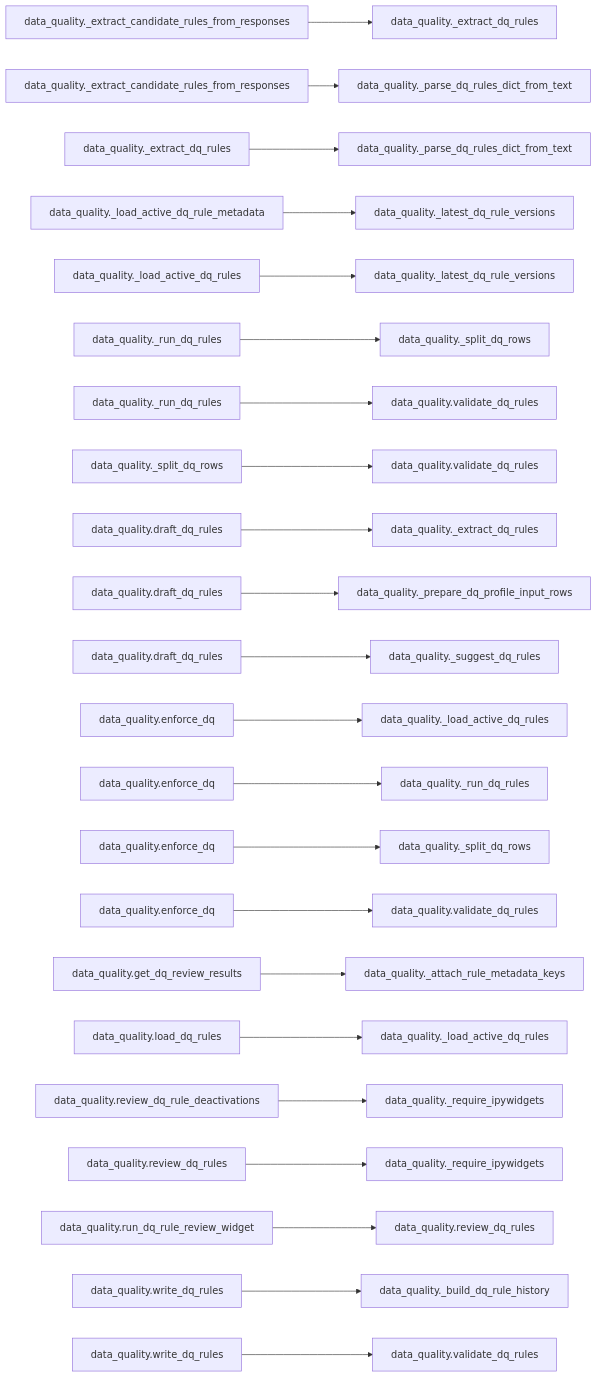
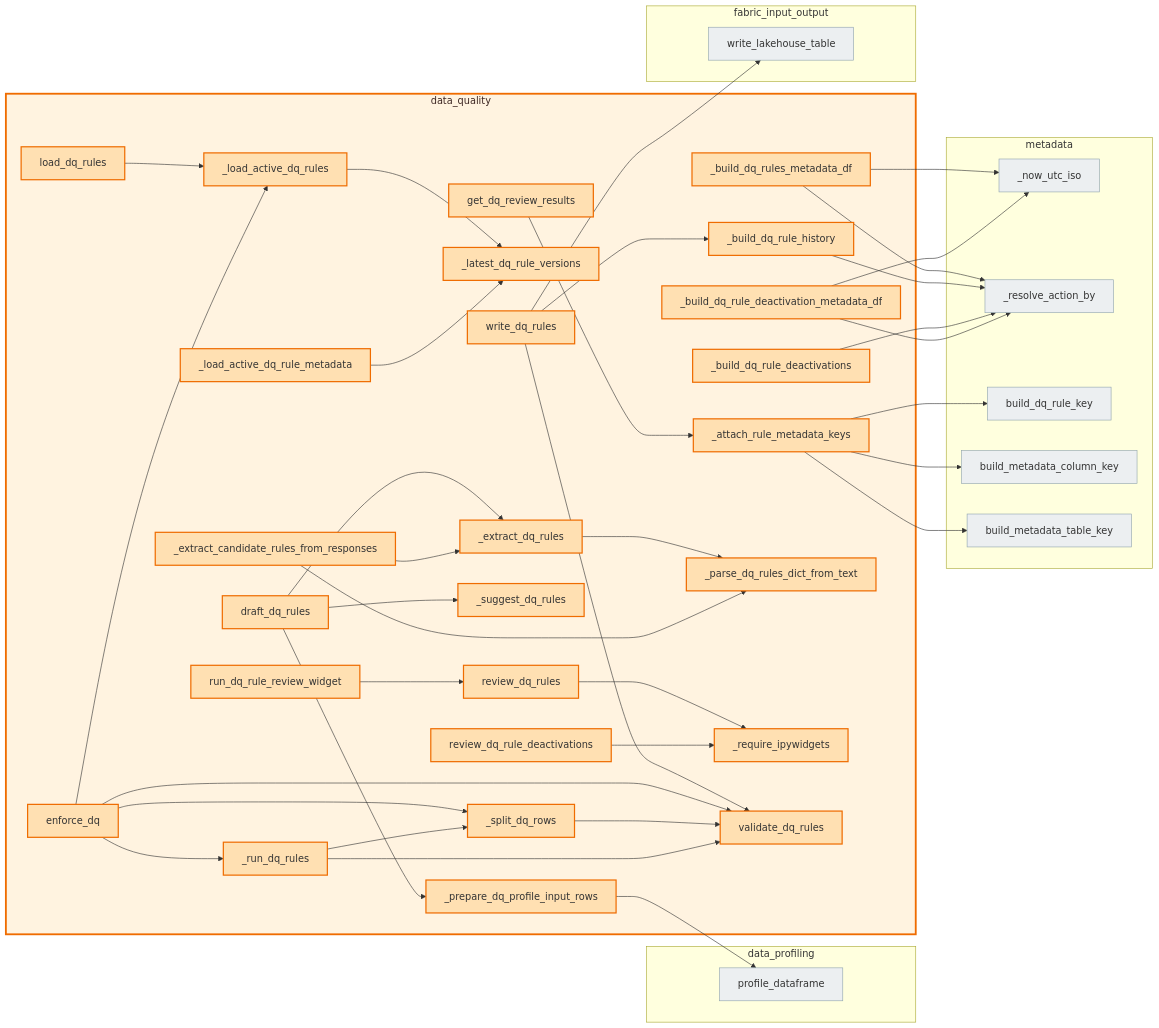
One commit to Voycepeh/FabricOps-Starter-Kit changed the diagram in docs/api/modules/data_quality.md. Above: the diagram before and after it, drawn with Mermaid. The commit also changed other lines of this file and 15 other files, not shown here.

Commit message:
Redesign module callable dependency visuals

````diff
--- a/docs/api/modules/data_quality.md
+++ b/docs/api/modules/data_quality.md
@@ -214,25 +211,83 @@
 ```mermaid
 flowchart LR
-  n1["data_quality._extract_candidate_rules_from_responses"] --> n1b["data_quality._extract_dq_rules"]
-  n2["data_quality._extract_candidate_rules_from_responses"] --> n2b["data_quality._parse_dq_rules_dict_from_text"]
-  n3["data_quality._extract_dq_rules"] --> n3b["data_quality._parse_dq_rules_dict_from_text"]
-  n4["data_quality._load_active_dq_rule_metadata"] --> n4b["data_quality._latest_dq_rule_versions"]
-  n5["data_quality._load_active_dq_rules"] --> n5b["data_quality._latest_dq_rule_versions"]
-  n6["data_quality._run_dq_rules"] --> n6b["data_quality._split_dq_rows"]
-  n7["data_quality._run_dq_rules"] --> n7b["data_quality.validate_dq_rules"]
-  n8["data_quality._split_dq_rows"] --> n8b["data_quality.validate_dq_rules"]
-  n9["data_quality.draft_dq_rules"] --> n9b["data_quality._extract_dq_rules"]
-  n10["data_quality.draft_dq_rules"] --> n10b["data_quality._prepare_dq_profile_input_rows"]
-  n11["data_quality.draft_dq_rules"] --> n11b["data_quality._suggest_dq_rules"]
-  n12["data_quality.enforce_dq"] --> n12b["data_quality._load_active_dq_rules"]
-  n13["data_quality.enforce_dq"] --> n13b["data_quality._run_dq_rules"]
-  n14["data_quality.enforce_dq"] --> n14b["data_quality._split_dq_rows"]
-  n15["data_quality.enforce_dq"] --> n15b["data_quality.validate_dq_rules"]
-  n16["data_quality.get_dq_review_results"] --> n16b["data_quality._attach_rule_metadata_keys"]
-  n17["data_quality.load_dq_rules"] --> n17b["data_quality._load_active_dq_rules"]
-  n18["data_quality.review_dq_rule_deactivations"] --> n18b["data_quality._require_ipywidgets"]
-  n19["data_quality.review_dq_rules"] --> n19b["data_quality._require_ipywidgets"]
-  n20["data_quality.run_dq_rule_review_widget"] --> n20b["data_quality.review_dq_rules"]
-  n21["data_quality.write_dq_rules"] --> n21b["data_quality._build_dq_rule_history"]
-  n22["data_quality.write_dq_rules"] --> n22b["data_quality.validate_dq_rules"]
+  classDef currentModule fill:#fff3e0,stroke:#ef6c00,stroke-width:3px,color:#3e2723;
+  classDef externalModule fill:#f5f5f5,stroke:#9e9e9e,stroke-width:1px,color:#616161;
+  classDef currentCallable fill:#ffe0b2,stroke:#ef6c00,stroke-width:2px;
+  classDef externalCallable fill:#eceff1,stroke:#90a4ae,stroke-width:1px;
+  subgraph m_data_profiling[data_profiling]
+    fabricops_kit_data_profiling_profile_dataframe["profile_dataframe"]
+  end
+  subgraph m_data_quality[data_quality]
+    fabricops_kit_data_quality__attach_rule_metadata_keys["_attach_rule_metadata_keys"]
+    fabricops_kit_data_quality__build_dq_rule_deactivation_metadata_df["_build_dq_rule_deactivation_metadata_df"]
+    fabricops_kit_data_quality__build_dq_rule_deactivations["_build_dq_rule_deactivations"]
+    fabricops_kit_data_quality__build_dq_rule_history["_build_dq_rule_history"]
+    fabricops_kit_data_quality__build_dq_rules_metadata_df["_build_dq_rules_metadata_df"]
+    fabricops_kit_data_quality__extract_candidate_rules_from_responses["_extract_candidate_rules_from_responses"]
+    fabricops_kit_data_quality__extract_dq_rules["_extract_dq_rules"]
+    fabricops_kit_data_quality__latest_dq_rule_versions["_latest_dq_rule_versions"]
+    fabricops_kit_data_quality__load_active_dq_rule_metadata["_load_active_dq_rule_metadata"]
+    fabricops_kit_data_quality__load_active_dq_rules["_load_active_dq_rules"]
+    fabricops_kit_data_quality__parse_dq_rules_dict_from_text["_parse_dq_rules_dict_from_text"]
+    fabricops_kit_data_quality__prepare_dq_profile_input_rows["_prepare_dq_profile_input_rows"]
+    fabricops_kit_data_quality__require_ipywidgets["_require_ipywidgets"]
+    fabricops_kit_data_quality__run_dq_rules["_run_dq_rules"]
+    fabricops_kit_data_quality__split_dq_rows["_split_dq_rows"]
+    fabricops_kit_data_quality__suggest_dq_rules["_suggest_dq_rules"]
+    fabricops_kit_data_quality_draft_dq_rules["draft_dq_rules"]
+    fabricops_kit_data_quality_enforce_dq["enforce_dq"]
+    fabricops_kit_data_quality_get_dq_review_results["get_dq_review_results"]
+    fabricops_kit_data_quality_load_dq_rules["load_dq_rules"]
+    fabricops_kit_data_quality_review_dq_rule_deactivations["review_dq_rule_deactivations"]
+    fabricops_kit_data_quality_review_dq_rules["review_dq_rules"]
+    fabricops_kit_data_quality_run_dq_rule_review_widget["run_dq_rule_review_widget"]
+    fabricops_kit_data_quality_validate_dq_rules["validate_dq_rules"]
+    fabricops_kit_data_quality_write_dq_rules["write_dq_rules"]
+  end
+  subgraph m_fabric_input_output[fabric_input_output]
+    fabricops_kit_fabric_input_output_write_lakehouse_table["write_lakehouse_table"]
+  end
+  subgraph m_metadata[metadata]
+    fabricops_kit_metadata__now_utc_iso["_now_utc_iso"]
+    fabricops_kit_metadata__resolve_action_by["_resolve_action_by"]
+    fabricops_kit_metadata_build_dq_rule_key["build_dq_rule_key"]
+    fabricops_kit_metadata_build_metadata_column_key["build_metadata_column_key"]
+    fabricops_kit_metadata_build_metadata_table_key["build_metadata_table_key"]
+  end
+  fabricops_kit_data_quality__attach_rule_metadata_keys --> fabricops_kit_metadata_build_dq_rule_key
+  fabricops_kit_data_quality__attach_rule_metadata_keys --> fabricops_kit_metadata_build_metadata_column_key
+  fabricops_kit_data_quality__attach_rule_metadata_keys --> fabricops_kit_metadata_build_metadata_table_key
+  fabricops_kit_data_quality__build_dq_rule_deactivation_metadata_df --> fabricops_kit_metadata__now_utc_iso
+  fabricops_kit_data_quality__build_dq_rule_deactivation_metadata_df --> fabricops_kit_metadata__resolve_action_by
+  fabricops_kit_data_quality__build_dq_rule_deactivations --> fabricops_kit_metadata__resolve_action_by
+  fabricops_kit_data_quality__build_dq_rule_history --> fabricops_kit_metadata__resolve_action_by
+  fabricops_kit_data_quality__build_dq_rules_metadata_df --> fabricops_kit_metadata__now_utc_iso
+  fabricops_kit_data_quality__build_dq_rules_metadata_df --> fabricops_kit_metadata__resolve_action_by
+  fabricops_kit_data_quality__extract_candidate_rules_from_responses --> fabricops_kit_data_quality__extract_dq_rules
+  fabricops_kit_data_quality__extract_candidate_rules_from_responses --> fabricops_kit_data_quality__parse_dq_rules_dict_from_text
+  fabricops_kit_data_quality__extract_dq_rules --> fabricops_kit_data_quality__parse_dq_rules_dict_from_text
+  fabricops_kit_data_quality__load_active_dq_rule_metadata --> fabricops_kit_data_quality__latest_dq_rule_versions
+  fabricops_kit_data_quality__load_active_dq_rules --> fabricops_kit_data_quality__latest_dq_rule_versions
+  fabricops_kit_data_quality__prepare_dq_profile_input_rows --> fabricops_kit_data_profiling_profile_dataframe
+  fabricops_kit_data_quality__run_dq_rules --> fabricops_kit_data_quality__split_dq_rows
+  fabricops_kit_data_quality__run_dq_rules --> fabricops_kit_data_quality_validate_dq_rules
+  fabricops_kit_data_quality__split_dq_rows --> fabricops_kit_data_quality_validate_dq_rules
+  fabricops_kit_data_quality_draft_dq_rules --> fabricops_kit_data_quality__extract_dq_rules
+  fabricops_kit_data_quality_draft_dq_rules --> fabricops_kit_data_quality__prepare_dq_profile_input_rows
+  fabricops_kit_data_quality_draft_dq_rules --> fabricops_kit_data_quality__suggest_dq_rules
+  fabricops_kit_data_quality_enforce_dq --> fabricops_kit_data_quality__load_active_dq_rules
+  fabricops_kit_data_quality_enforce_dq --> fabricops_kit_data_quality__run_dq_rules
+  fabricops_kit_data_quality_enforce_dq --> fabricops_kit_data_quality__split_dq_rows
+  fabricops_kit_data_quality_enforce_dq --> fabricops_kit_data_quality_validate_dq_rules
+  fabricops_kit_data_quality_get_dq_review_results --> fabricops_kit_data_quality__attach_rule_metadata_keys
+  fabricops_kit_data_quality_load_dq_rules --> fabricops_kit_data_quality__load_active_dq_rules
+  fabricops_kit_data_quality_review_dq_rule_deactivations --> fabricops_kit_data_quality__require_ipywidgets
+  fabricops_kit_data_quality_review_dq_rules --> fabricops_kit_data_quality__require_ipywidgets
+  fabricops_kit_data_quality_run_dq_rule_review_widget --> fabricops_kit_data_quality_review_dq_rules
+  fabricops_kit_data_quality_write_dq_rules --> fabricops_kit_data_quality__build_dq_rule_history
+  fabricops_kit_data_quality_write_dq_rules --> fabricops_kit_data_quality_validate_dq_rules
+  fabricops_kit_data_quality_write_dq_rules --> fabricops_kit_fabric_input_output_write_lakehouse_table
+  class m_data_quality currentModule;
+  class fabricops_kit_data_quality__attach_rule_metadata_keys,fabricops_kit_data_quality__build_dq_rule_deactivation_metadata_df,fabricops_kit_data_quality__build_dq_rule_deactivations,fabricops_kit_data_quality__build_dq_rule_history,fabricops_kit_data_quality__build_dq_rules_metadata_df,fabricops_kit_data_quality__extract_candidate_rules_from_responses,fabricops_kit_data_quality__extract_dq_rules,fabricops_kit_data_quality__latest_dq_rule_versions,fabricops_kit_data_quality__load_active_dq_rule_metadata,fabricops_kit_data_quality__load_active_dq_rules,fabricops_kit_data_quality__parse_dq_rules_dict_from_text,fabricops_kit_data_quality__prepare_dq_profile_input_rows,fabricops_kit_data_quality__require_ipywidgets,fabricops_kit_data_quality__run_dq_rules,fabricops_kit_data_quality__split_dq_rows,fabricops_kit_data_quality__suggest_dq_rules,fabricops_kit_data_quality_draft_dq_rules,fabricops_kit_data_quality_enforce_dq,fabricops_kit_data_quality_get_dq_review_results,fabricops_kit_data_quality_load_dq_rules,fabricops_kit_data_quality_review_dq_rule_deactivations,fabricops_kit_data_quality_review_dq_rules,fabricops_kit_data_quality_run_dq_rule_review_widget,fabricops_kit_data_quality_validate_dq_rules,fabricops_kit_data_quality_write_dq_rules currentCallable;
+  class fabricops_kit_data_profiling_profile_dataframe,fabricops_kit_fabric_input_output_write_lakehouse_table,fabricops_kit_metadata__now_utc_iso,fabricops_kit_metadata__resolve_action_by,fabricops_kit_metadata_build_dq_rule_key,fabricops_kit_metadata_build_metadata_column_key,fabricops_kit_metadata_build_metadata_table_key externalCallable;
 ```
````
